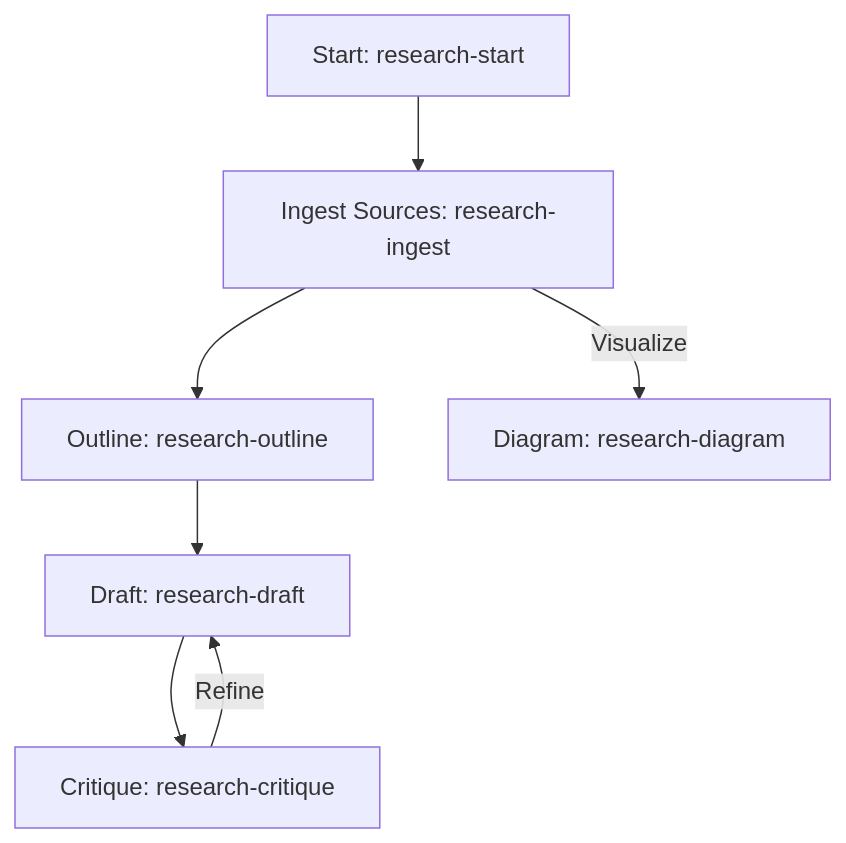
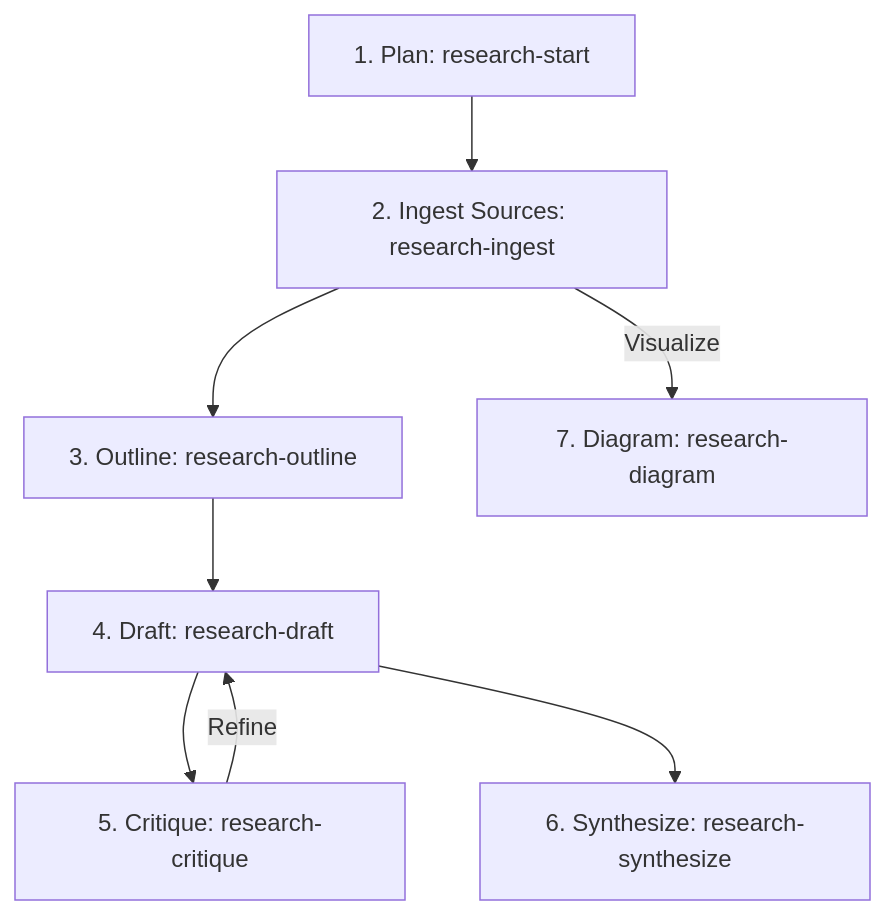
One commit to toddbenanzer/vscode_ai_research changed the diagram in README.md. Above: the diagram before and after it, drawn with Mermaid. The commit also changed other lines of this file, not shown here.

````diff
--- a/README.md
+++ b/README.md
@@ -44,9 +45,10 @@
 ```mermaid
 graph TD
-    A[Start: research-start] --> B[Ingest Sources: research-ingest]
-    B --> C[Outline: research-outline]
-    C --> D[Draft: research-draft]
-    D --> E[Critique: research-critique]
+    A[1. Plan: research-start] --> B[2. Ingest Sources: research-ingest]
+    B --> C[3. Outline: research-outline]
+    C --> D[4. Draft: research-draft]
+    D --> E[5. Critique: research-critique]
     E -->|Refine| D
-    B -->|Visualize| F[Diagram: research-diagram]
+    D --> F[6. Synthesize: research-synthesize]
+    B -->|Visualize| G[7. Diagram: research-diagram]
 ```
````
